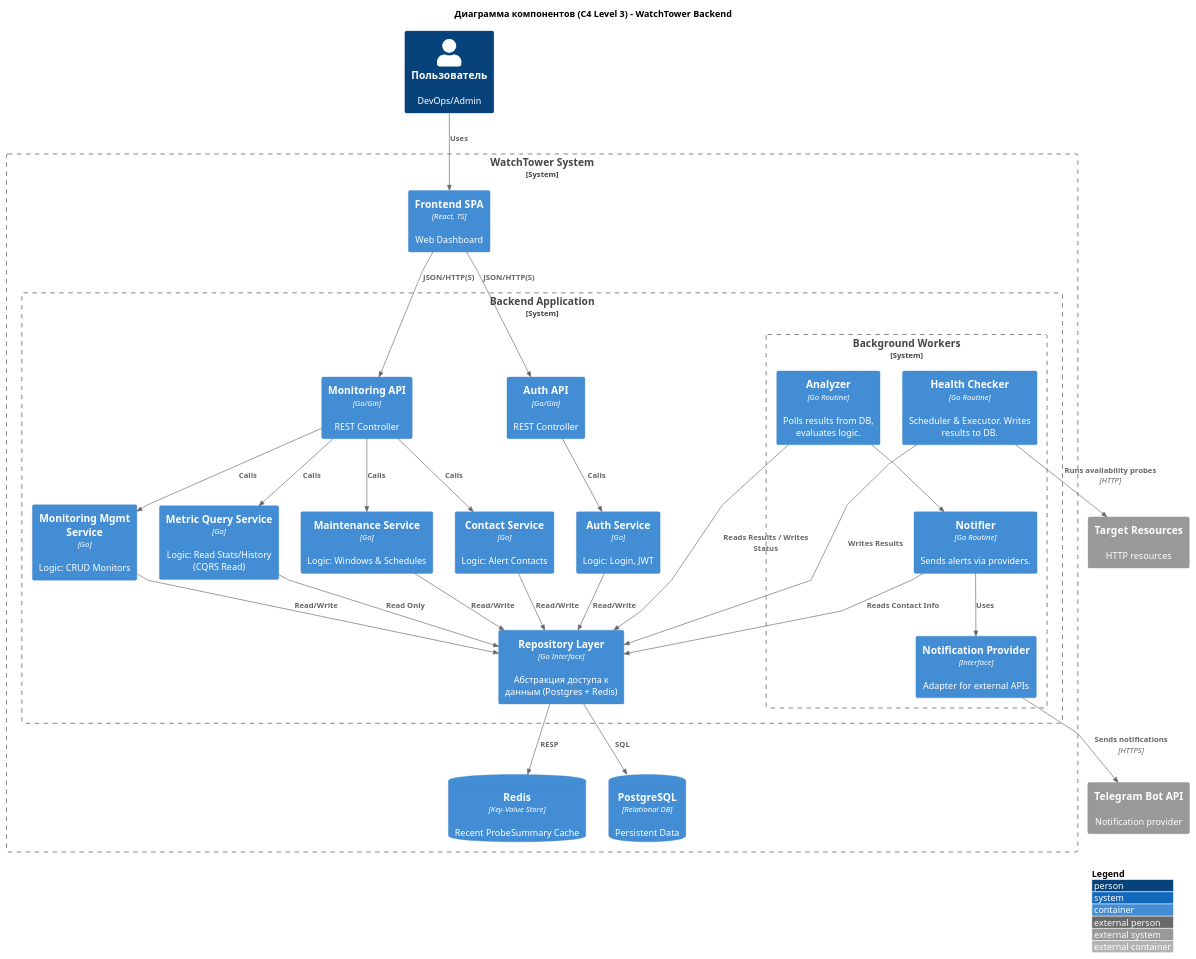
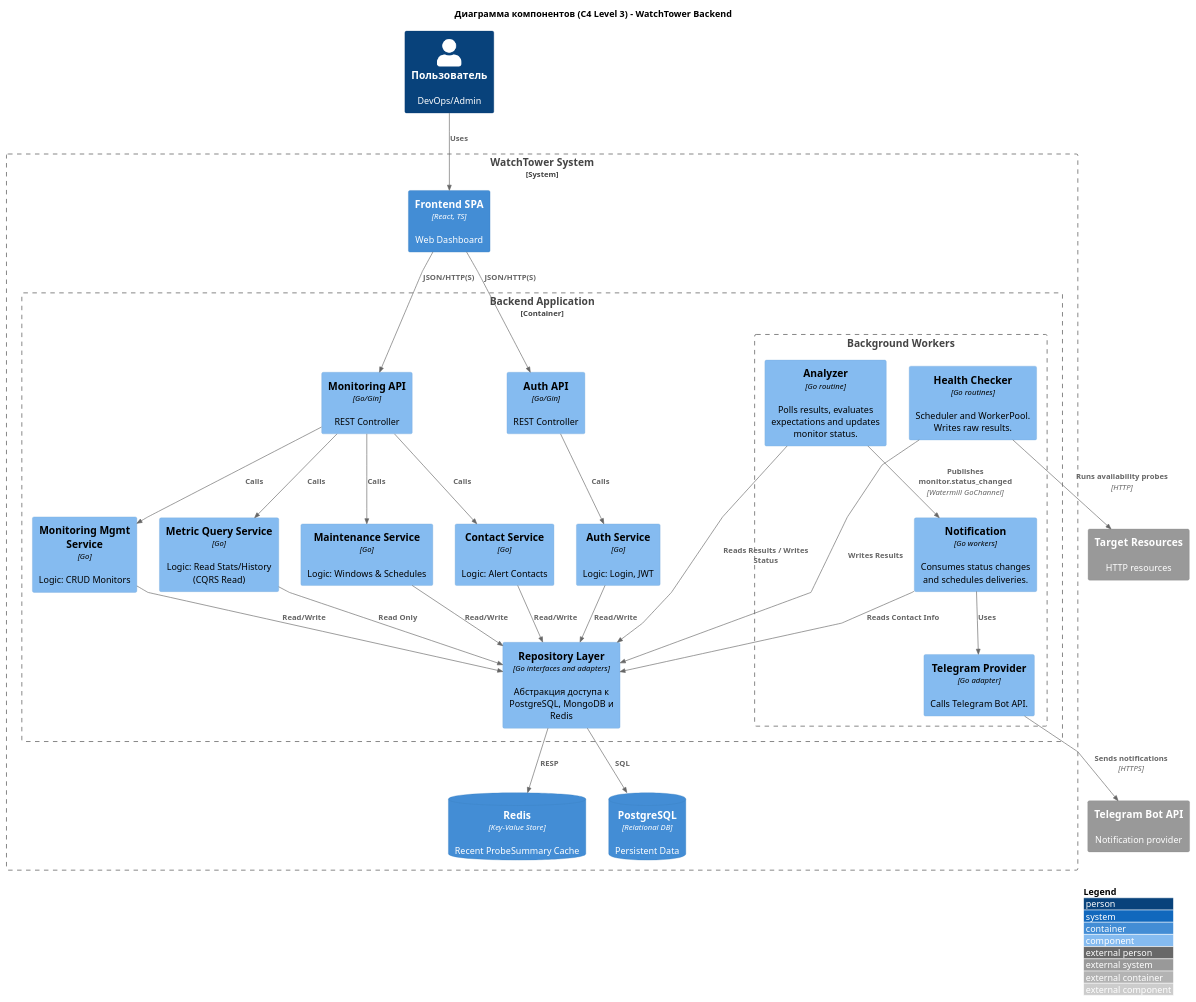
Before and after one commit to mkholkin/WatchTower: the diagram in docs/puml/c4/l3.puml, drawn with PlantUML. The commit also changed 2 other files, not shown here.

```diff
--- a/docs/puml/c4/l3.puml
+++ b/docs/puml/c4/l3.puml
@@ -1,83 +1,83 @@
 @startuml
-!include https://raw.githubusercontent.com/plantuml-stdlib/C4-PlantUML/master/C4_Container.puml
+!include https://raw.githubusercontent.com/plantuml-stdlib/C4-PlantUML/master/C4_Component.puml
 skinparam linetype polyline
 LAYOUT_WITH_LEGEND()
 
 title Диаграмма компонентов (C4 Level 3) - WatchTower Backend
 
 ' === External ===
 Person(user, "Пользователь", "DevOps/Admin")
 System_Ext(target_systems, "Target Resources", "HTTP resources")
 System_Ext(notification_apis, "Telegram Bot API", "Notification provider")
 
 System_Boundary(watchtower, "WatchTower System") {
     Container(spa, "Frontend SPA", "React, TS", "Web Dashboard")
 
     ContainerDb(db, "PostgreSQL", "Relational DB", "Persistent Data")
     ContainerDb(redis, "Redis", "Key-Value Store", "Recent ProbeSummary Cache")
 
-    System_Boundary(backend, "Backend Application") {
+    Container_Boundary(backend, "Backend Application") {
 
         ' --- Data Access Layer ---
-        Container(repository, "Repository Layer", "Go Interface", "Абстракция доступа к данным (Postgres + Redis)")
+        Component(repository, "Repository Layer", "Go interfaces and adapters", "Абстракция доступа к PostgreSQL, MongoDB и Redis")
 
         ' --- API Layer ---
-        Container(auth_api, "Auth API", "Go/Gin", "REST Controller")
-        Container(monitoring_api, "Monitoring API", "Go/Gin", "REST Controller")
+        Component(auth_api, "Auth API", "Go/Gin", "REST Controller")
+        Component(monitoring_api, "Monitoring API", "Go/Gin", "REST Controller")
 
         ' --- Domain Services (Business Logic) ---
-        Container(auth_service, "Auth Service", "Go", "Logic: Login, JWT")
-        Container(monitoring_service, "Monitoring Mgmt Service", "Go", "Logic: CRUD Monitors")
-        Container(metric_query_service, "Metric Query Service", "Go", "Logic: Read Stats/History (CQRS Read)")
-        Container(maintenance_service, "Maintenance Service", "Go", "Logic: Windows & Schedules")
-        Container(contact_service, "Contact Service", "Go", "Logic: Alert Contacts")
+        Component(auth_service, "Auth Service", "Go", "Logic: Login, JWT")
+        Component(monitoring_service, "Monitoring Mgmt Service", "Go", "Logic: CRUD Monitors")
+        Component(metric_query_service, "Metric Query Service", "Go", "Logic: Read Stats/History (CQRS Read)")
+        Component(maintenance_service, "Maintenance Service", "Go", "Logic: Windows & Schedules")
+        Component(contact_service, "Contact Service", "Go", "Logic: Alert Contacts")
 
         ' --- Background Workers ---
-        System_Boundary(workers, "Background Workers") {
-            Container(healthchecker, "Health Checker", "Go Routine", "Scheduler & Executor. Writes results to DB.")
-            Container(analyzer, "Analyzer", "Go Routine", "Polls results from DB, evaluates logic.")
-            Container(notifier, "Notifier", "Go Routine", "Sends alerts via providers.")
-            Container(notification_provider, "Notification Provider", "Interface", "Adapter for external APIs")
+        Boundary(workers, "Background Workers") {
+            Component(healthchecker, "Health Checker", "Go routines", "Scheduler and WorkerPool. Writes raw results.")
+            Component(analyzer, "Analyzer", "Go routine", "Polls results, evaluates expectations and updates monitor status.")
+            Component(notifier, "Notification", "Go workers", "Consumes status changes and schedules deliveries.")
+            Component(notification_provider, "Telegram Provider", "Go adapter", "Calls Telegram Bot API.")
         }
     }
 }
 
 ' === Relationships ===
 
 ' Frontend to API
 Rel(user, spa, "Uses")
 Rel(spa, monitoring_api, "JSON/HTTP(S)")
 Rel(spa, auth_api, "JSON/HTTP(S)")
 
 ' API to Services
 Rel(auth_api, auth_service, "Calls")
 Rel(monitoring_api, monitoring_service, "Calls")
 Rel(monitoring_api, metric_query_service, "Calls")
 Rel(monitoring_api, maintenance_service, "Calls")
 Rel(monitoring_api, contact_service, "Calls")
 
 ' Services to Repository
 Rel(auth_service, repository, "Read/Write")
 Rel(monitoring_service, repository, "Read/Write")
 Rel(maintenance_service, repository, "Read/Write")
 Rel(contact_service, repository, "Read/Write")
 Rel(metric_query_service, repository, "Read Only")
 
 ' Workers Interactions
 Rel(healthchecker, repository, "Writes Results")
 Rel(analyzer, repository, "Reads Results / Writes Status")
-Rel(analyzer, notifier, " ")
+Rel(analyzer, notifier, "Publishes monitor.status_changed", "Watermill GoChannel")
 Rel(notifier, notification_provider, "Uses")
 Rel(notifier, repository, "Reads Contact Info")
 
 ' Notification Logic
 Rel(notification_provider, notification_apis, "Sends notifications", "HTTPS")
 
 ' Checking Logic
 Rel(healthchecker, target_systems, "Runs availability probes", "HTTP")
 
 ' Persistence
 Rel(repository, db, "SQL")
 Rel(repository, redis, "RESP")
 
 @enduml
```
